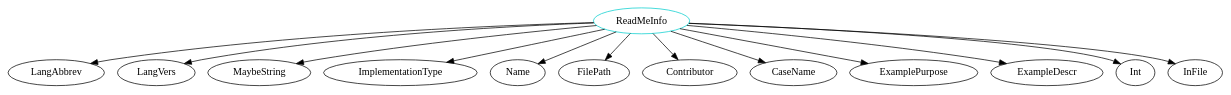
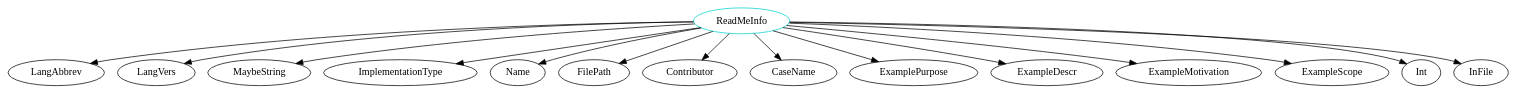
The diagram in analysis/TypeDependencyGraphs/code/ReadMeInfo.dot (JacquesCarette/Drasil), drawn with Graphviz before and after one commit. The commit also changed 698 other files, not shown here.

```diff
--- a/analysis/TypeDependencyGraphs/code/ReadMeInfo.dot
+++ b/analysis/TypeDependencyGraphs/code/ReadMeInfo.dot
@@ -1,15 +1,17 @@
 digraph readmeinfo{
 ReadMeInfo	[shape=oval, color=cyan3, label="ReadMeInfo"];
 ReadMeInfo -> LangAbbrev;
 ReadMeInfo -> LangVers;
 ReadMeInfo -> MaybeString;
 ReadMeInfo -> ImplementationType;
 ReadMeInfo -> Name;
 ReadMeInfo -> FilePath;
 ReadMeInfo -> Contributor;
 ReadMeInfo -> CaseName;
 ReadMeInfo -> ExamplePurpose;
 ReadMeInfo -> ExampleDescr;
+ReadMeInfo -> ExampleMotivation;
+ReadMeInfo -> ExampleScope;
 ReadMeInfo -> Int;
 ReadMeInfo -> InFile;
 }
```
